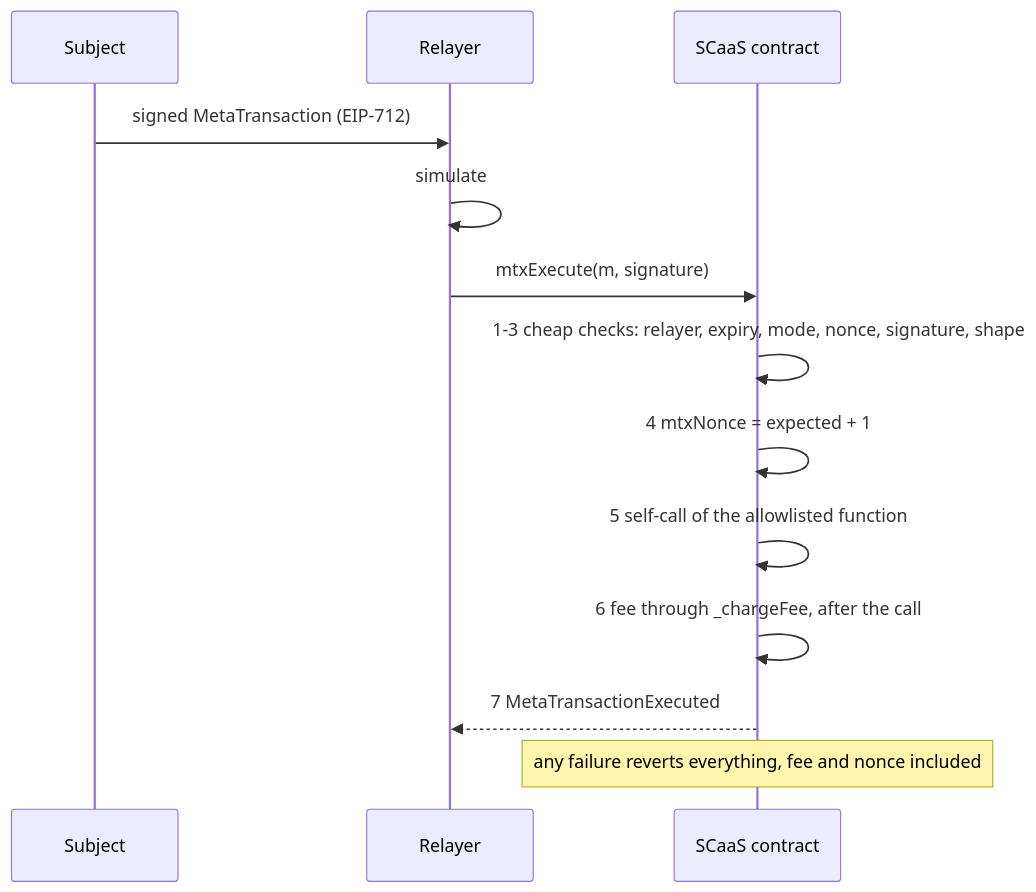
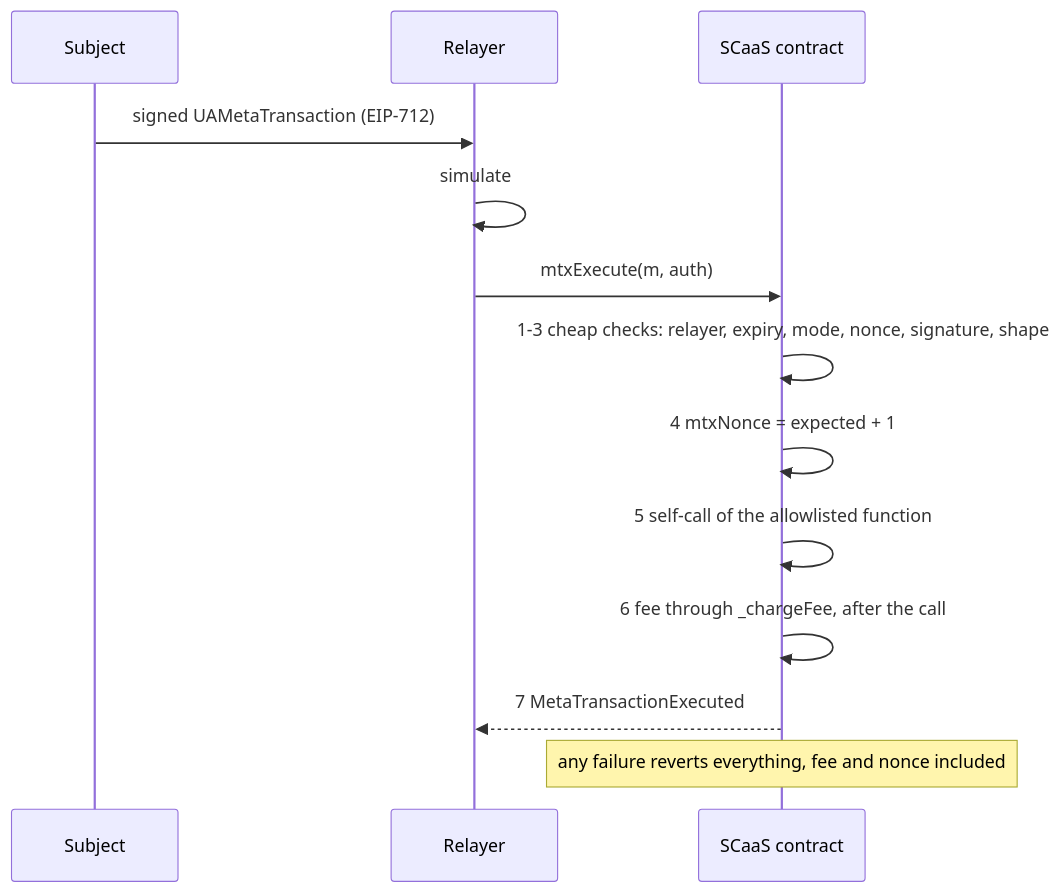
Before and after one commit to dinhduongha/scaas: the first of 3 diagrams in docs/contracts/metatx.md, drawn with Mermaid. The commit also changed other lines of this file, not shown here.

Commit message:
ua-mtx-merge T19: metatx section 4, CTR-MTX-17 entry forms (merged mtxExecute, the address alias)

````diff
--- a/docs/contracts/metatx.md
+++ b/docs/contracts/metatx.md
@@ -279,15 +282,15 @@
 ```mermaid
 sequenceDiagram
     participant S as Subject
     participant R as Relayer
     participant C as SCaaS contract
-    S->>R: signed MetaTransaction (EIP-712)
+    S->>R: signed UAMetaTransaction (EIP-712)
     R->>R: simulate
-    R->>C: mtxExecute(m, signature)
+    R->>C: mtxExecute(m, auth)
     C->>C: 1-3 cheap checks: relayer, expiry, mode, nonce, signature, shape
     C->>C: 4 mtxNonce = expected + 1
     C->>C: 5 self-call of the allowlisted function
     C->>C: 6 fee through _chargeFee, after the call
     C-->>R: 7 MetaTransactionExecuted
     Note over C: any failure reverts everything, fee and nonce included
 ```
````
